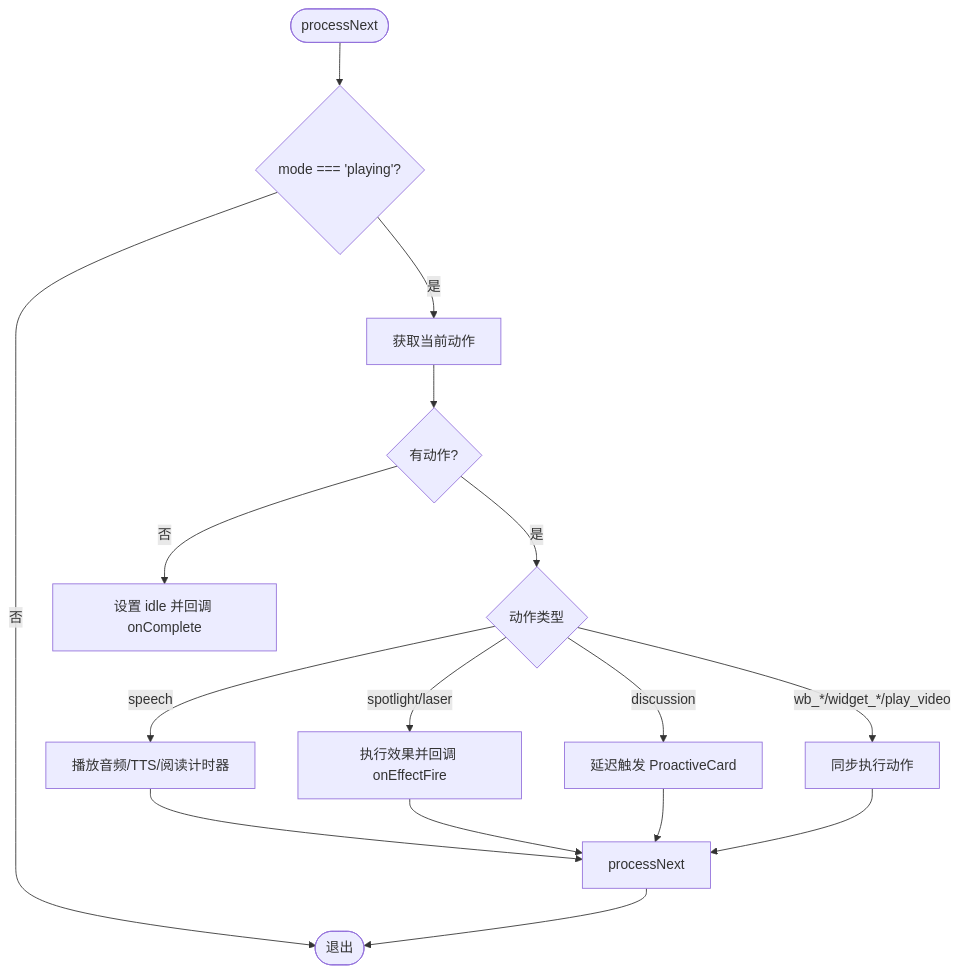
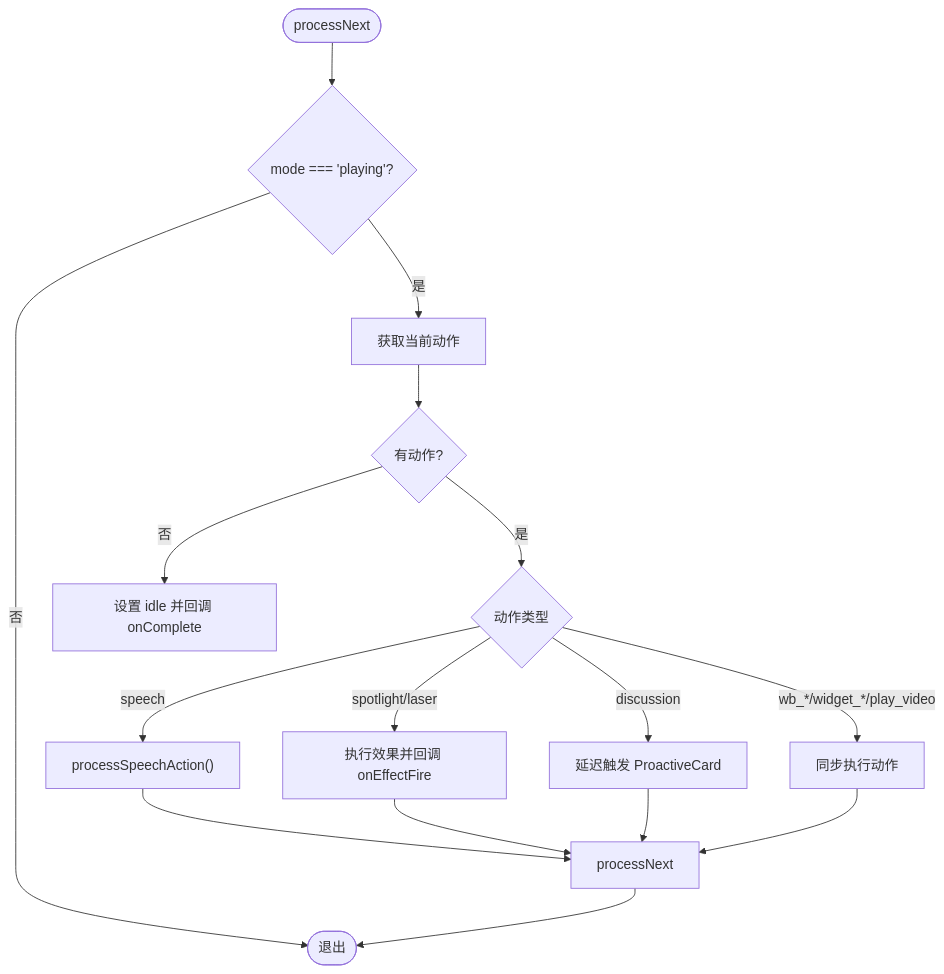
The sixth of 11 diagrams in .qoder/repowiki/zh/content/核心功能/播放引擎/播放引擎.md (huangboheng/OpenMAIC), drawn with Mermaid before and after one commit. The commit also changed other lines of this file and 12 other files, not shown here.

````diff
--- a/.qoder/repowiki/zh/content/核心功能/播放引擎/播放引擎.md
+++ b/.qoder/repowiki/zh/content/核心功能/播放引擎/播放引擎.md
@@ -331,18 +397,18 @@
 ```mermaid
 flowchart TD
 Start(["processNext"]) --> CheckMode{"mode === 'playing'?"}
 CheckMode --> |否| End(["退出"])
 CheckMode --> |是| GetAction["获取当前动作"]
 GetAction --> HasAction{"有动作?"}
 HasAction --> |否| Complete["设置 idle 并回调 onComplete"]
 HasAction --> |是| TypeSwitch{"动作类型"}
-TypeSwitch --> |speech| SpeechFlow["播放音频/TTS/阅读计时器"]
+TypeSwitch --> |speech| SpeechFlow["processSpeechAction()"]
 TypeSwitch --> |spotlight/laser| EffectFlow["执行效果并回调 onEffectFire"]
 TypeSwitch --> |discussion| DiscussionFlow["延迟触发 ProactiveCard"]
 TypeSwitch --> |wb_*/widget_*/play_video| SyncFlow["同步执行动作"]
 SpeechFlow --> Next["processNext"]
 EffectFlow --> Next
 DiscussionFlow --> Next
 SyncFlow --> Next
 Next --> End
 ```
````
